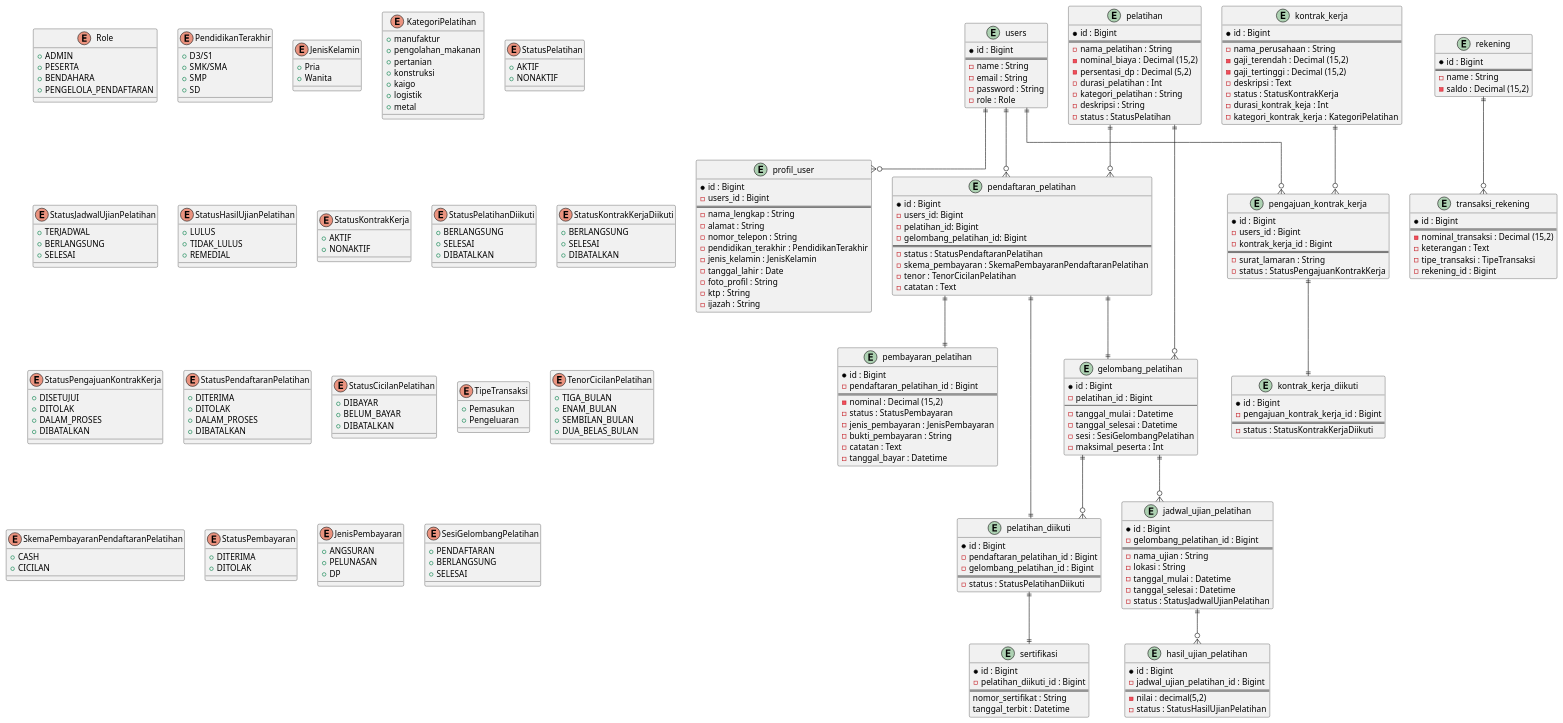
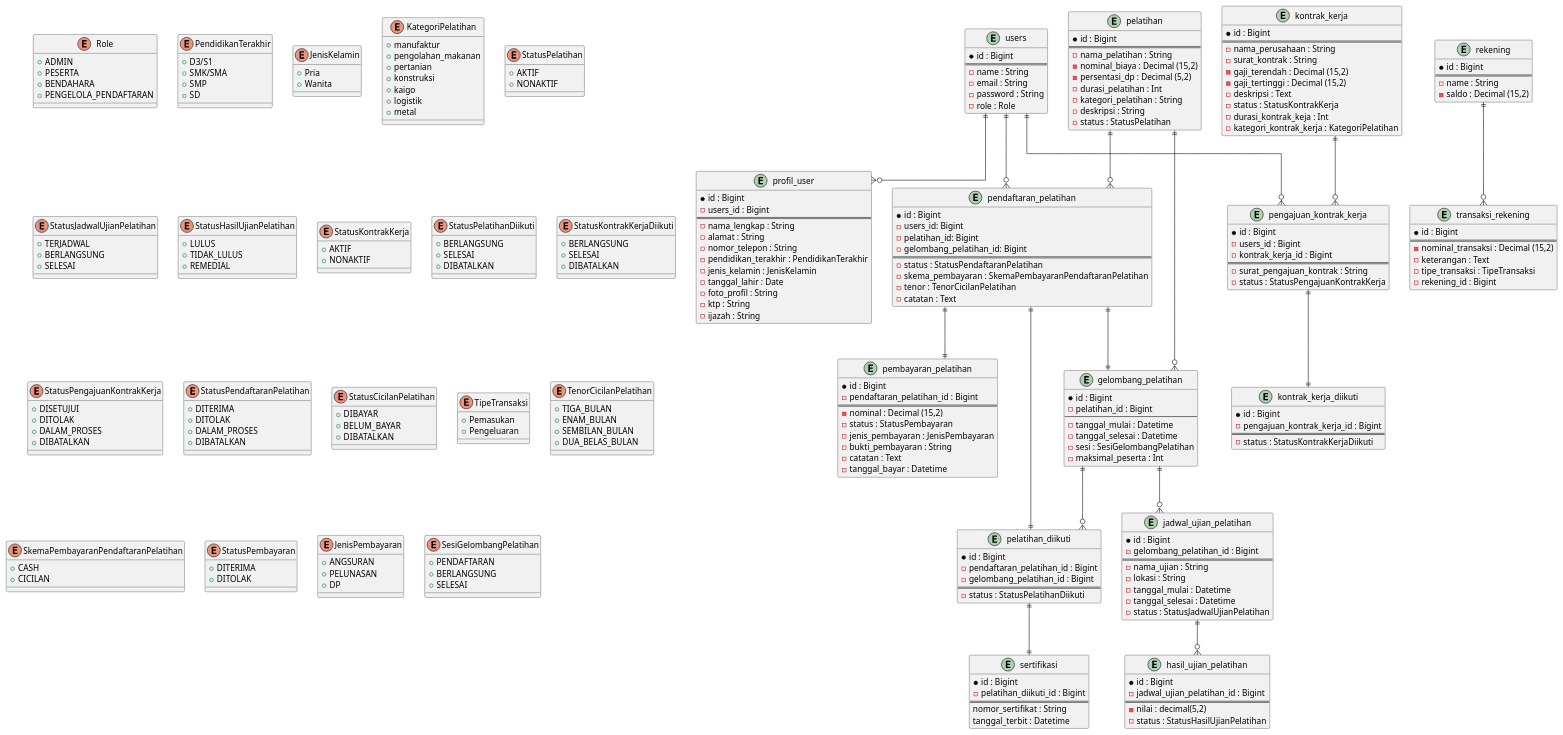
The diagram in docs/erd/emje_erd.puml (fpbismyname/emje-web), drawn with PlantUML before and after one commit. The commit also changed 19 other files, not shown here.

```diff
--- a/docs/erd/emje_erd.puml
+++ b/docs/erd/emje_erd.puml
@@ -258,7 +258,7 @@
     -users_id : Bigint
     -kontrak_kerja_id : Bigint
     ===
-    -surat_lamaran : String
+    -surat_pengajuan_kontrak : String
     -status : StatusPengajuanKontrakKerja
 }
 
@@ -266,6 +266,7 @@
     *id : Bigint
     ===
     -nama_perusahaan : String
+    -surat_kontrak : String
     -gaji_terendah : Decimal (15,2)
     -gaji_tertinggi : Decimal (15,2)
     -deskripsi : Text
```
